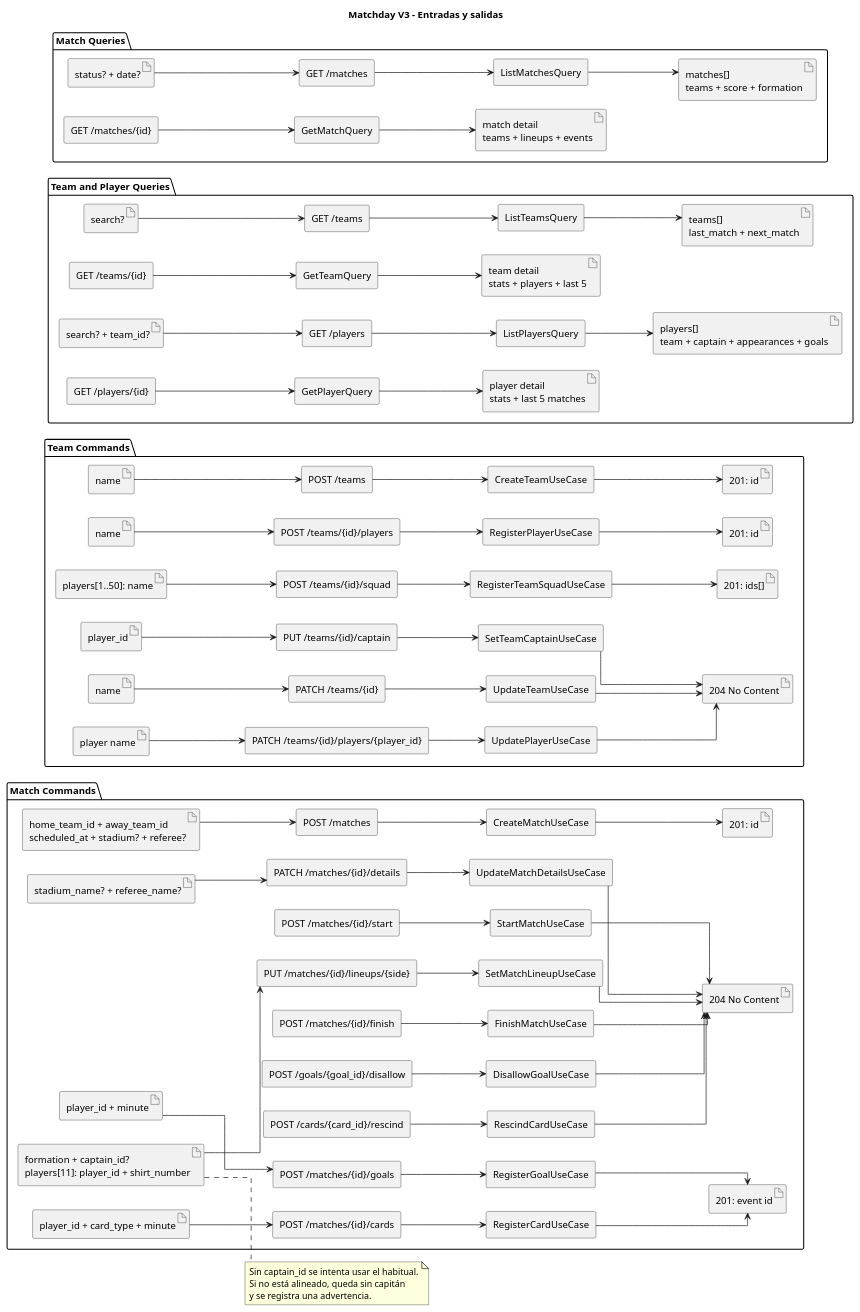
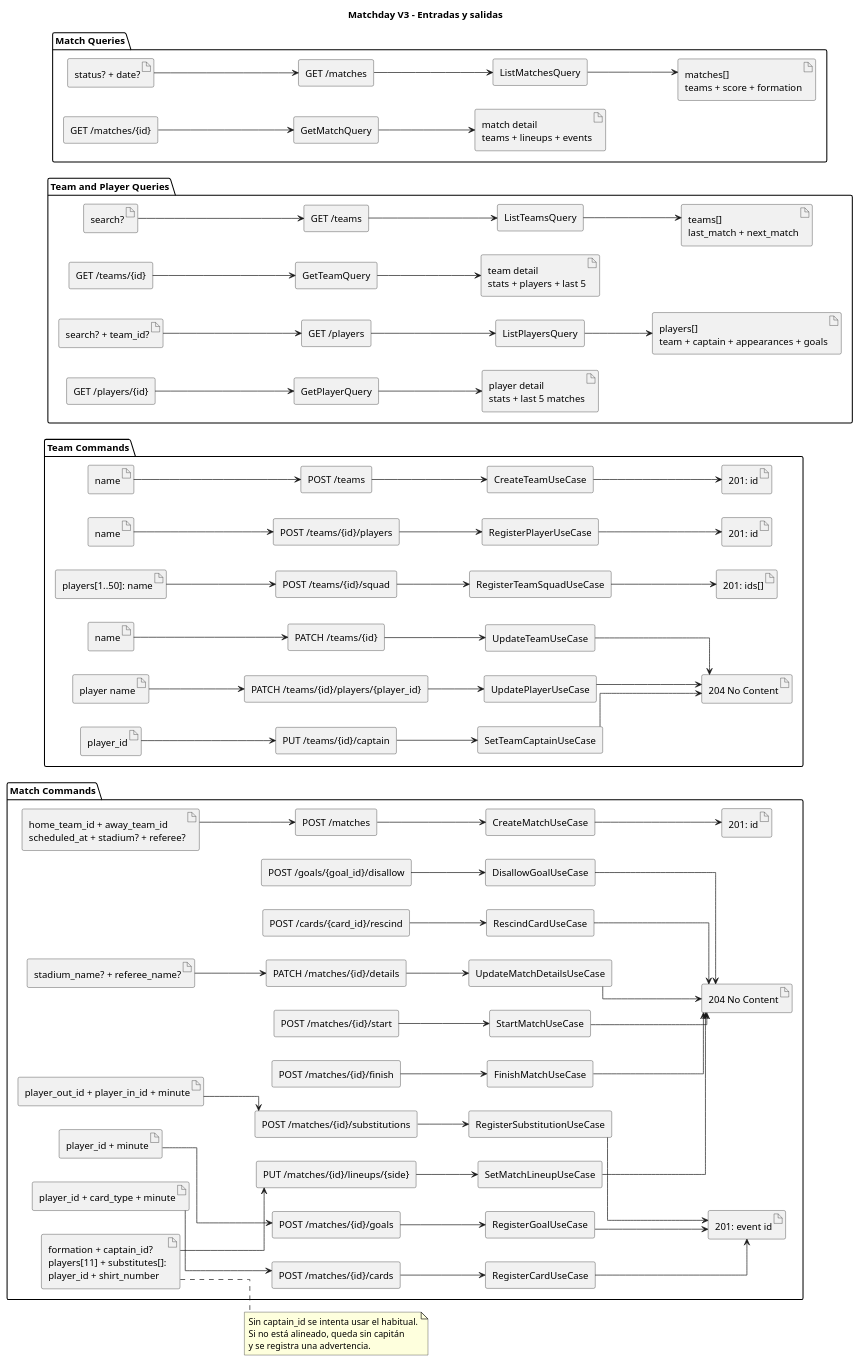
One commit to JaredDet/Match-Day changed the diagram in docs/diagrams/inputs-outputs.puml. Above: the diagram before and after it, drawn with PlantUML. The commit also changed 23 other files, not shown here.

```diff
--- a/docs/diagrams/inputs-outputs.puml
+++ b/docs/diagrams/inputs-outputs.puml
@@ -1,150 +1,156 @@
 @startuml Matchday Inputs and Outputs
 title Matchday V3 - Entradas y salidas
 left to right direction
 skinparam componentStyle rectangle
 skinparam linetype ortho
 
 package "Team Commands" {
   component "POST /teams" as CreateTeamApi
   component "CreateTeamUseCase" as CreateTeam
   artifact "name" as CreateTeamInput
   artifact "201: id" as CreateTeamOutput
   component "PATCH /teams/{id}" as UpdateTeamApi
   component "UpdateTeamUseCase" as UpdateTeam
   artifact "name" as UpdateTeamInput
   component "POST /teams/{id}/players" as RegisterPlayerApi
   component "RegisterPlayerUseCase" as RegisterPlayer
   artifact "name" as RegisterPlayerInput
   artifact "201: id" as RegisterPlayerOutput
   component "POST /teams/{id}/squad" as RegisterSquadApi
   component "RegisterTeamSquadUseCase" as RegisterSquad
   artifact "players[1..50]: name" as RegisterSquadInput
   artifact "201: ids[]" as RegisterSquadOutput
   component "PATCH /teams/{id}/players/{player_id}" as UpdatePlayerApi
   component "UpdatePlayerUseCase" as UpdatePlayer
   artifact "player name" as UpdatePlayerInput
   component "PUT /teams/{id}/captain" as SetCaptainApi
   component "SetTeamCaptainUseCase" as SetCaptain
   artifact "player_id" as SetCaptainInput
   artifact "204 No Content" as EmptyTeamOutput
 }
 
 package "Team and Player Queries" {
   component "GET /teams" as ListTeamsApi
   component "ListTeamsQuery" as ListTeams
   artifact "search?" as ListTeamsInput
   artifact "teams[]\nlast_match + next_match" as ListTeamsOutput
   component "GET /teams/{id}" as GetTeamApi
   component "GetTeamQuery" as GetTeam
   artifact "team detail\nstats + players + last 5" as GetTeamOutput
   component "GET /players" as ListPlayersApi
   component "ListPlayersQuery" as ListPlayers
   artifact "search? + team_id?" as ListPlayersInput
   artifact "players[]\nteam + captain + appearances + goals" as ListPlayersOutput
   component "GET /players/{id}" as GetPlayerApi
   component "GetPlayerQuery" as GetPlayer
   artifact "player detail\nstats + last 5 matches" as GetPlayerOutput
 }
 
 package "Match Commands" {
   component "POST /matches" as CreateMatchApi
   component "CreateMatchUseCase" as CreateMatch
   artifact "home_team_id + away_team_id\nscheduled_at + stadium? + referee?" as CreateMatchInput
   artifact "201: id" as CreateMatchOutput
   component "PATCH /matches/{id}/details" as UpdateDetailsApi
   component "UpdateMatchDetailsUseCase" as UpdateDetails
   artifact "stadium_name? + referee_name?" as UpdateDetailsInput
   component "PUT /matches/{id}/lineups/{side}" as SetLineupApi
   component "SetMatchLineupUseCase" as SetLineup
-  artifact "formation + captain_id?\nplayers[11]: player_id + shirt_number" as SetLineupInput
+  artifact "formation + captain_id?\nplayers[11] + substitutes[]:\nplayer_id + shirt_number" as SetLineupInput
   component "POST /matches/{id}/start" as StartApi
   component "StartMatchUseCase" as StartMatch
   component "POST /matches/{id}/finish" as FinishApi
   component "FinishMatchUseCase" as FinishMatch
   component "POST /matches/{id}/goals" as GoalApi
   component "RegisterGoalUseCase" as RegisterGoal
   artifact "player_id + minute" as GoalInput
   artifact "201: event id" as EventOutput
   component "POST /matches/{id}/cards" as CardApi
   component "RegisterCardUseCase" as RegisterCard
   artifact "player_id + card_type + minute" as CardInput
+  component "POST /matches/{id}/substitutions" as SubstitutionApi
+  component "RegisterSubstitutionUseCase" as RegisterSubstitution
+  artifact "player_out_id + player_in_id + minute" as SubstitutionInput
   component "POST /goals/{goal_id}/disallow" as DisallowApi
   component "DisallowGoalUseCase" as DisallowGoal
   component "POST /cards/{card_id}/rescind" as RescindApi
   component "RescindCardUseCase" as RescindCard
   artifact "204 No Content" as EmptyMatchOutput
 }
 
 package "Match Queries" {
   component "GET /matches" as ListMatchesApi
   component "ListMatchesQuery" as ListMatches
   artifact "status? + date?" as ListMatchesInput
   artifact "matches[]\nteams + score + formation" as ListMatchesOutput
   component "GET /matches/{id}" as GetMatchApi
   component "GetMatchQuery" as GetMatch
   artifact "match detail\nteams + lineups + events" as GetMatchOutput
 }
 
 CreateTeamInput --> CreateTeamApi
 CreateTeamApi --> CreateTeam
 CreateTeam --> CreateTeamOutput
 UpdateTeamInput --> UpdateTeamApi
 UpdateTeamApi --> UpdateTeam
 UpdateTeam --> EmptyTeamOutput
 RegisterPlayerInput --> RegisterPlayerApi
 RegisterPlayerApi --> RegisterPlayer
 RegisterPlayer --> RegisterPlayerOutput
 RegisterSquadInput --> RegisterSquadApi
 RegisterSquadApi --> RegisterSquad
 RegisterSquad --> RegisterSquadOutput
 UpdatePlayerInput --> UpdatePlayerApi
 UpdatePlayerApi --> UpdatePlayer
 UpdatePlayer --> EmptyTeamOutput
 SetCaptainInput --> SetCaptainApi
 SetCaptainApi --> SetCaptain
 SetCaptain --> EmptyTeamOutput
 ListTeamsInput --> ListTeamsApi
 ListTeamsApi --> ListTeams
 ListTeams --> ListTeamsOutput
 GetTeamApi --> GetTeam
 GetTeam --> GetTeamOutput
 ListPlayersInput --> ListPlayersApi
 ListPlayersApi --> ListPlayers
 ListPlayers --> ListPlayersOutput
 GetPlayerApi --> GetPlayer
 GetPlayer --> GetPlayerOutput
 CreateMatchInput --> CreateMatchApi
 CreateMatchApi --> CreateMatch
 CreateMatch --> CreateMatchOutput
 UpdateDetailsInput --> UpdateDetailsApi
 UpdateDetailsApi --> UpdateDetails
 UpdateDetails --> EmptyMatchOutput
 SetLineupInput --> SetLineupApi
 SetLineupApi --> SetLineup
 SetLineup --> EmptyMatchOutput
 StartApi --> StartMatch
 StartMatch --> EmptyMatchOutput
 FinishApi --> FinishMatch
 FinishMatch --> EmptyMatchOutput
 GoalInput --> GoalApi
 GoalApi --> RegisterGoal
 RegisterGoal --> EventOutput
 CardInput --> CardApi
 CardApi --> RegisterCard
 RegisterCard --> EventOutput
+SubstitutionInput --> SubstitutionApi
+SubstitutionApi --> RegisterSubstitution
+RegisterSubstitution --> EventOutput
 DisallowApi --> DisallowGoal
 DisallowGoal --> EmptyMatchOutput
 RescindApi --> RescindCard
 RescindCard --> EmptyMatchOutput
 ListMatchesInput --> ListMatchesApi
 ListMatchesApi --> ListMatches
 ListMatches --> ListMatchesOutput
 GetMatchApi --> GetMatch
 GetMatch --> GetMatchOutput
 
 note right of SetLineupInput
   Sin captain_id se intenta usar el habitual.
   Si no está alineado, queda sin capitán
   y se registra una advertencia.
 end note
 @enduml
```
